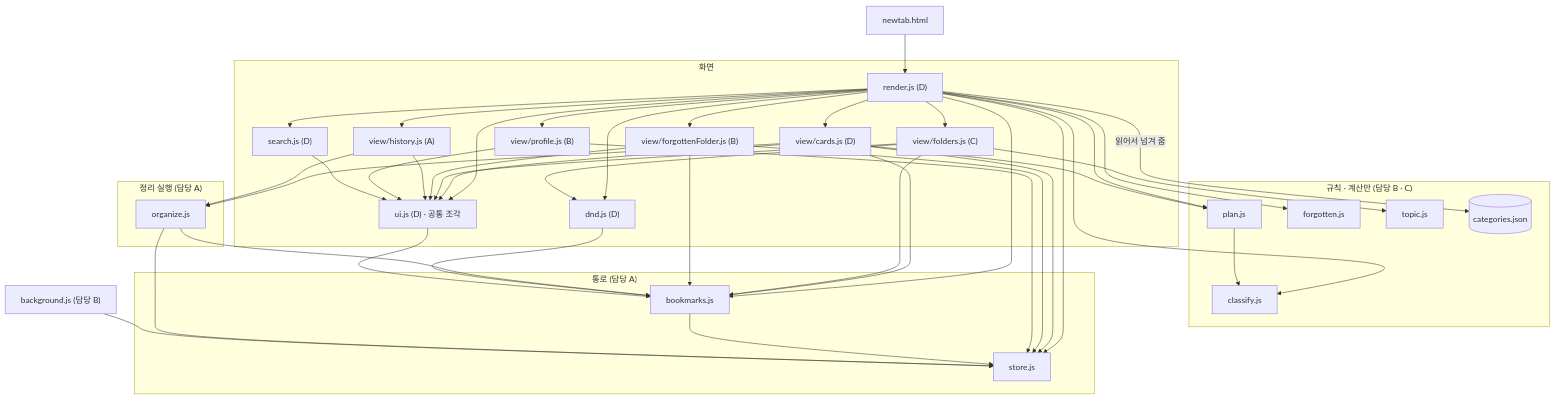
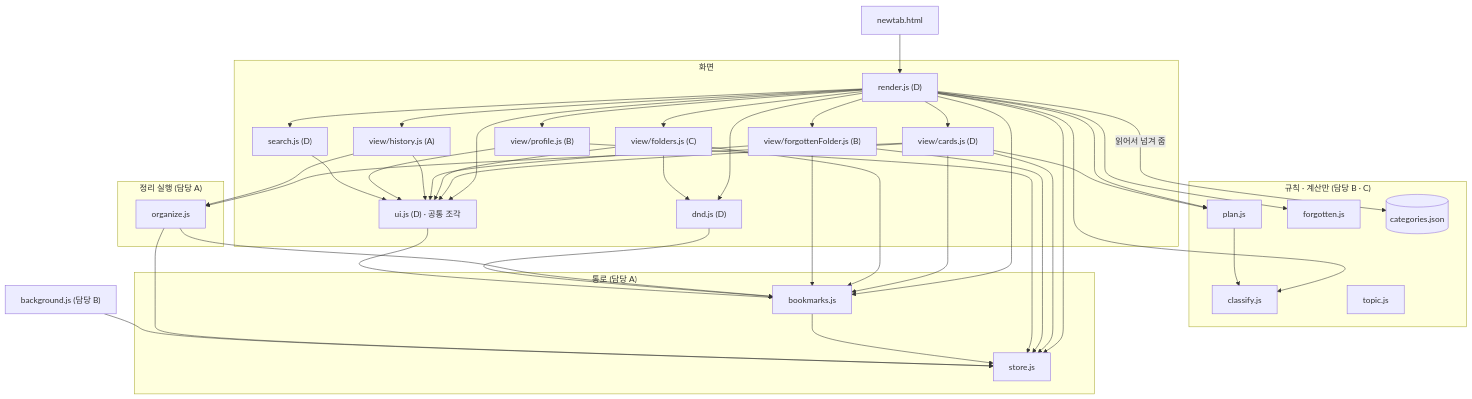
The second of 3 diagrams in docs/file-structure.md (aix-team-5/aix_BaroLink_bookmark), drawn with Mermaid before and after one commit. The commit also changed other lines of this file and 1 other file, not shown here.

````diff
--- a/docs/file-structure.md
+++ b/docs/file-structure.md
@@ -133,74 +133,73 @@
 ```mermaid
 graph TD
   HTML["newtab.html"] --> RENDER
 
   subgraph UI["화면"]
     RENDER["render.js (D)"]
     CARDS["view/cards.js (D)"]
     FOLDERS["view/folders.js (C)"]
     FVIEW["view/forgottenFolder.js (B)"]
     HVIEW["view/history.js (A)"]
     PVIEW["view/profile.js (B)"]
     SEARCH["search.js (D)"]
     DND["dnd.js (D)"]
     UIJS["ui.js (D) · 공통 조각"]
   end
 
   subgraph RUN["정리 실행 (담당 A)"]
     ORG["organize.js"]
   end
 
   subgraph RULE["규칙 · 계산만 (담당 B · C)"]
     CLS["classify.js"]
     PLAN["plan.js"]
     FORGOT["forgotten.js"]
     TOPIC["topic.js"]
     CAT[("categories.json")]
   end
 
   subgraph PIPE["통로 (담당 A)"]
     BMJS["bookmarks.js"]
     STORE["store.js"]
   end
 
   SW["background.js (담당 B)"]
 
   RENDER --> CARDS
   RENDER --> FOLDERS
   RENDER --> FVIEW
   RENDER --> HVIEW
   RENDER --> PVIEW
   RENDER --> SEARCH
   RENDER --> DND
   RENDER --> PLAN
   RENDER --> FORGOT
   RENDER --> CLS
   RENDER --> BMJS
   RENDER --> STORE
   RENDER -->|"읽어서 넘겨 줌"| CAT
   CARDS --> ORG
   CARDS --> STORE
   CARDS --> PLAN
   CARDS --> BMJS
   FOLDERS --> BMJS
-  FOLDERS --> TOPIC
   FOLDERS --> DND
   FVIEW --> BMJS
   FVIEW --> STORE
   HVIEW --> ORG
   PVIEW --> STORE
   PLAN --> CLS
   BMJS --> STORE
   ORG --> BMJS
   ORG --> STORE
   DND --> BMJS
   RENDER --> UIJS
   CARDS --> UIJS
   FOLDERS --> UIJS
   FVIEW --> UIJS
   HVIEW --> UIJS
   PVIEW --> UIJS
   SEARCH --> UIJS
   UIJS --> BMJS
   SW --> STORE
 ```
````
